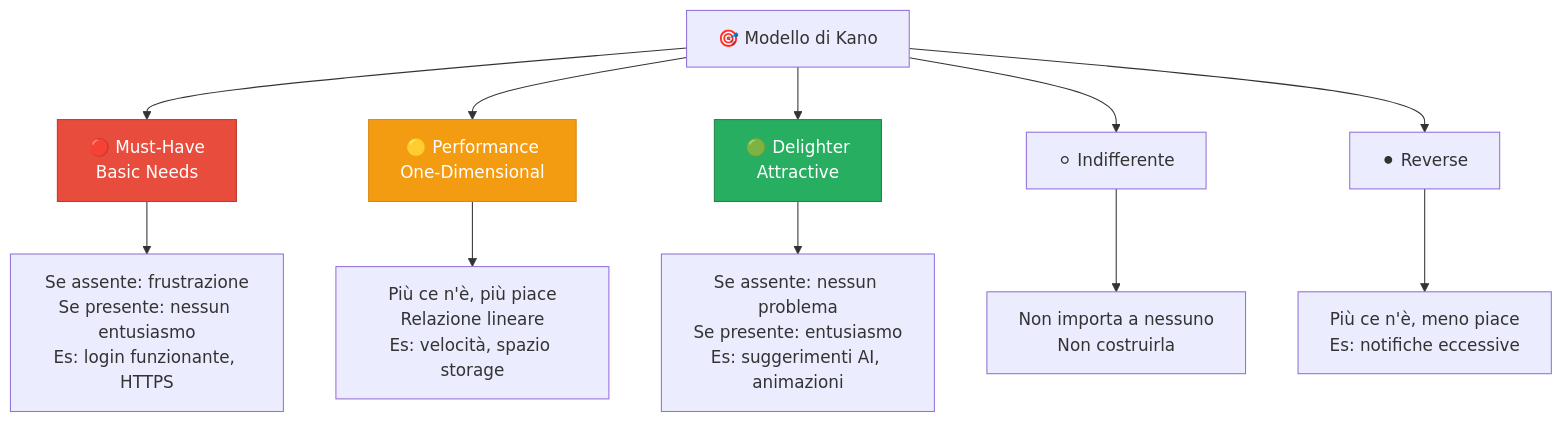
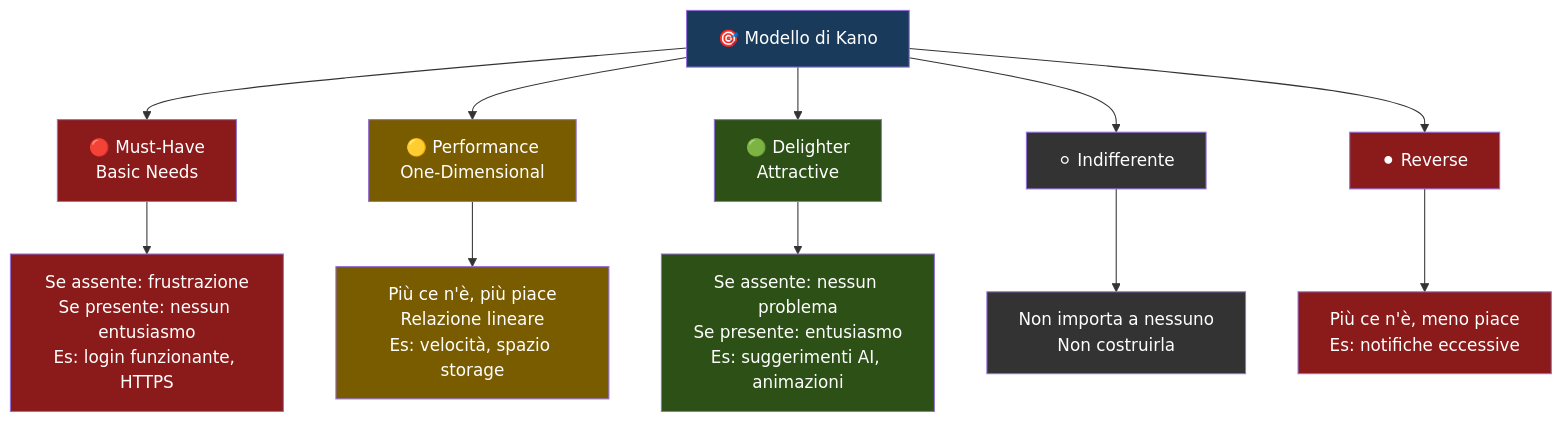
One commit to AndreyBertasini/gynnitech changed the second of 5 diagrams in src/content/corso/analisi-prodotto/prioritizzazione-feature.mdx. Above: the diagram before and after it, drawn with Mermaid. The commit also changed other lines of this file and 21 other files, not shown here.

First line of the commit message:
style: applica color scheme semantico a tutti i diagrammi Mermaid del corso

````diff
--- a/src/content/corso/analisi-prodotto/prioritizzazione-feature.mdx
+++ b/src/content/corso/analisi-prodotto/prioritizzazione-feature.mdx
@@ -74,16 +78,24 @@
 ```mermaid
 graph TD
     KANO["🎯 Modello di Kano"] --> MUST["🔴 Must-Have\nBasic Needs"]
     KANO --> PERF["🟡 Performance\nOne-Dimensional"]
     KANO --> DEL["🟢 Delighter\nAttractive"]
     KANO --> IND["⚪ Indifferente"]
     KANO --> REV["⚫ Reverse"]
     MUST --> MUST1["Se assente: frustrazione\nSe presente: nessun entusiasmo\nEs: login funzionante, HTTPS"]
     PERF --> PERF1["Più ce n'è, più piace\nRelazione lineare\nEs: velocità, spazio storage"]
     DEL --> DEL1["Se assente: nessun problema\nSe presente: entusiasmo\nEs: suggerimenti AI, animazioni"]
     IND --> IND1["Non importa a nessuno\nNon costruirla"]
     REV --> REV1["Più ce n'è, meno piace\nEs: notifiche eccessive"]
-    style MUST fill:#e74c3c,stroke:#c0392b,color:#fff
-    style PERF fill:#f39c12,stroke:#d68910,color:#fff
-    style DEL fill:#27ae60,stroke:#1e8449,color:#fff
+    style KANO fill:#1a3a5c,color:#ffffff
+    style MUST fill:#8b1a1a,color:#ffffff
+    style PERF fill:#7a5c00,color:#ffffff
+    style DEL fill:#2d5016,color:#ffffff
+    style IND fill:#333333,color:#ffffff
+    style REV fill:#8b1a1a,color:#ffffff
+    style MUST1 fill:#8b1a1a,color:#ffffff
+    style PERF1 fill:#7a5c00,color:#ffffff
+    style DEL1 fill:#2d5016,color:#ffffff
+    style IND1 fill:#333333,color:#ffffff
+    style REV1 fill:#8b1a1a,color:#ffffff
 ```
````
